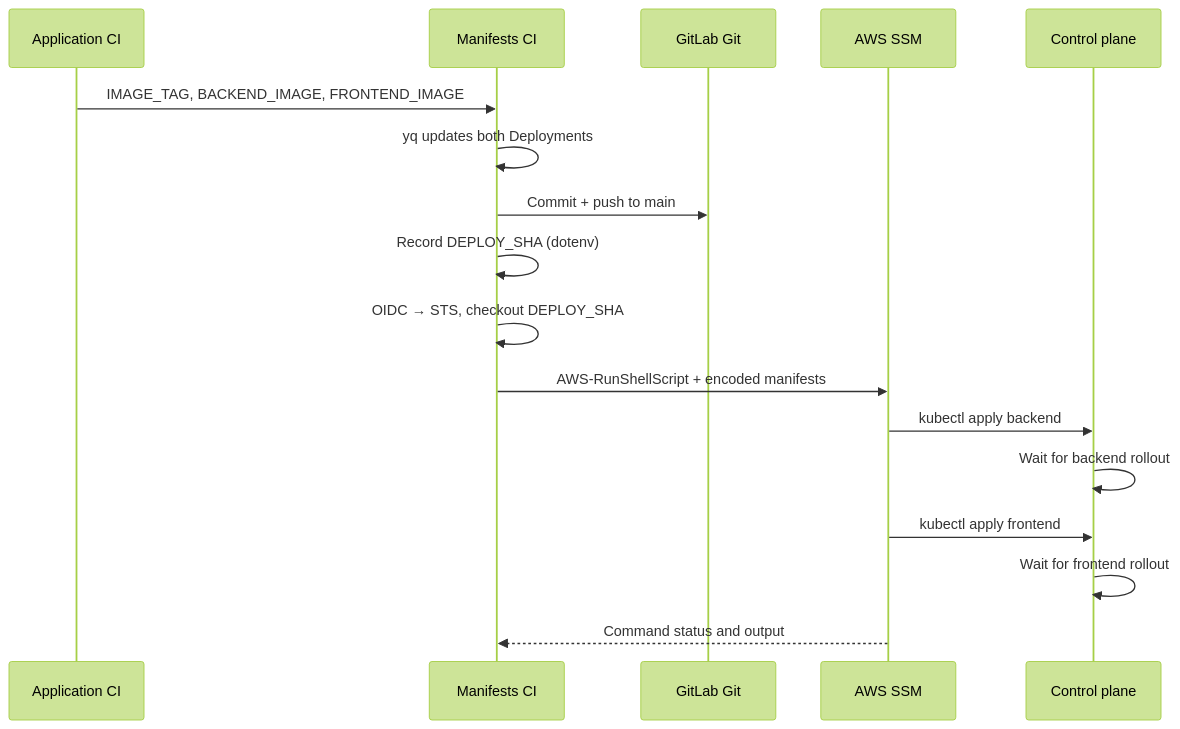
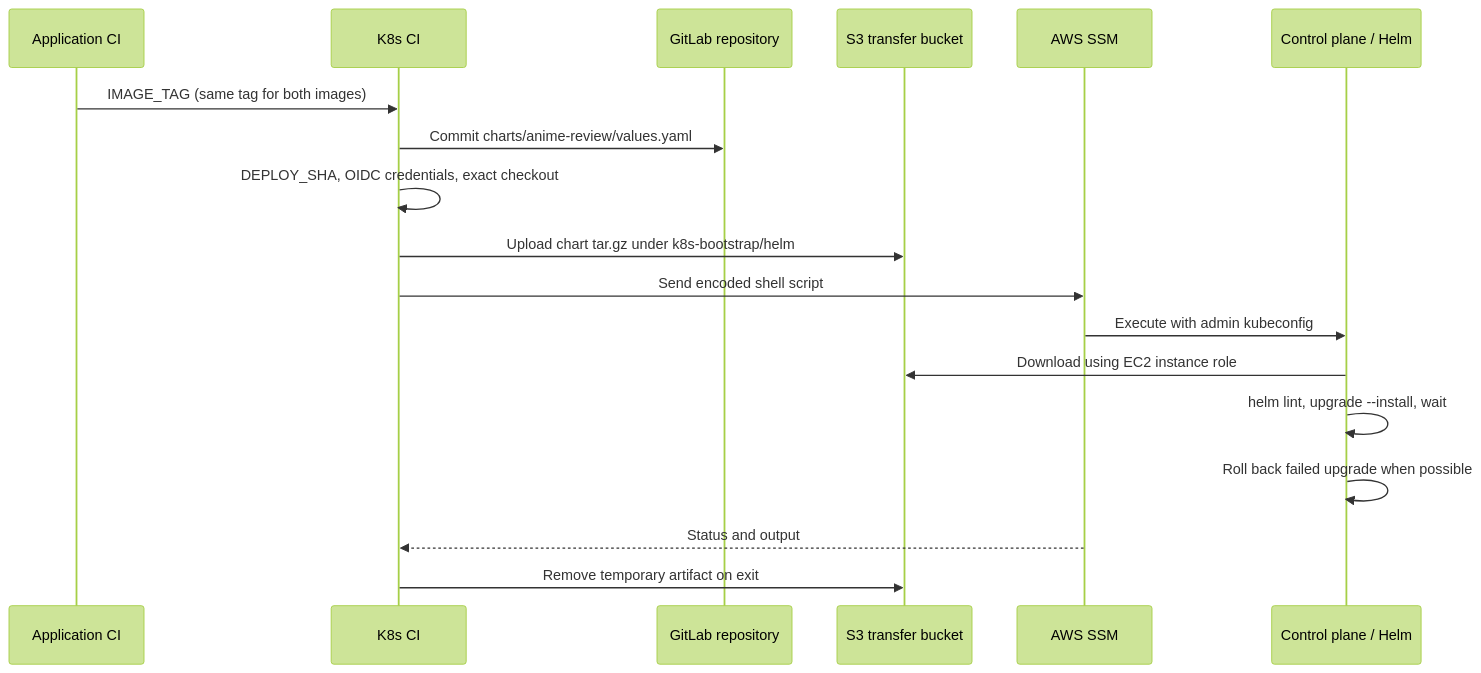
Before and after one commit to Songhai9/anime-review-k8s: the diagram in README.md, drawn with Mermaid (forest theme). The commit also changed other lines of this file and 3 other files, not shown here.

````diff
--- a/README.md
+++ b/README.md
@@ -214,19 +206,20 @@
 ```mermaid
 sequenceDiagram
     participant A as Application CI
-    participant K as Manifests CI
-    participant G as GitLab Git
+    participant K as K8s CI
+    participant G as GitLab repository
+    participant B as S3 transfer bucket
     participant S as AWS SSM
-    participant C as Control plane
-    A->>K: IMAGE_TAG, BACKEND_IMAGE, FRONTEND_IMAGE
-    K->>K: yq updates both Deployments
-    K->>G: Commit + push to main
-    K->>K: Record DEPLOY_SHA (dotenv)
-    K->>K: OIDC → STS, checkout DEPLOY_SHA
-    K->>S: AWS-RunShellScript + encoded manifests
-    S->>C: kubectl apply backend
-    C->>C: Wait for backend rollout
-    S->>C: kubectl apply frontend
-    C->>C: Wait for frontend rollout
-    S-->>K: Command status and output
+    participant C as Control plane / Helm
+    A->>K: IMAGE_TAG (same tag for both images)
+    K->>G: Commit charts/anime-review/values.yaml
+    K->>K: DEPLOY_SHA, OIDC credentials, exact checkout
+    K->>B: Upload chart tar.gz under k8s-bootstrap/helm
+    K->>S: Send encoded shell script
+    S->>C: Execute with admin kubeconfig
+    C->>B: Download using EC2 instance role
+    C->>C: helm lint, upgrade --install, wait
+    C->>C: Roll back failed upgrade when possible
+    S-->>K: Status and output
+    K->>B: Remove temporary artifact on exit
 ```
````
